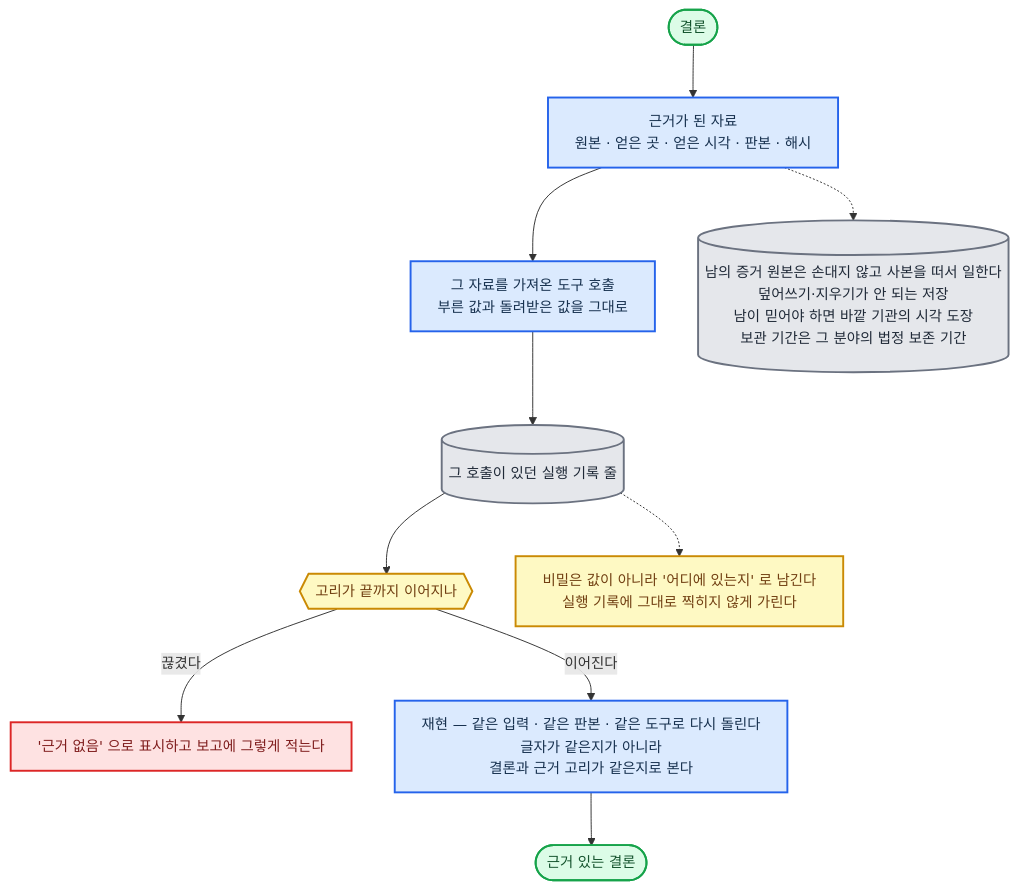
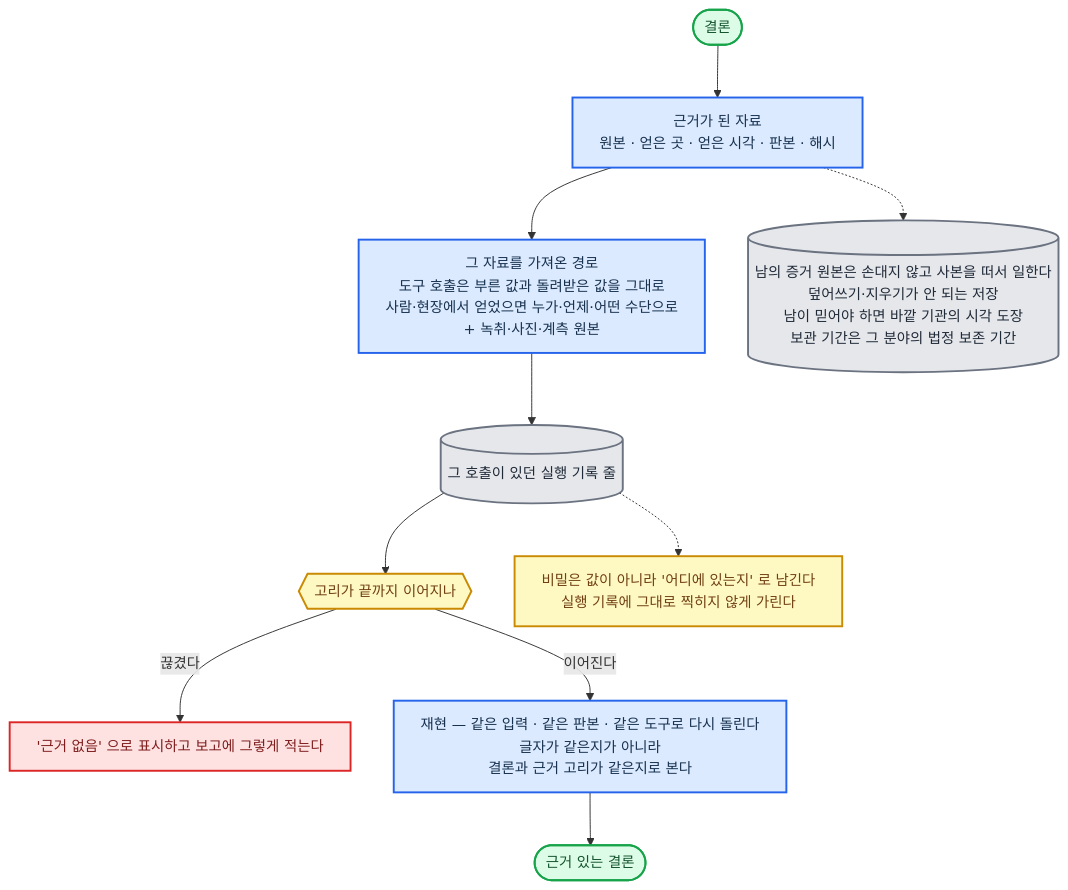
One commit to harisbaguette/expert changed diagram 16 of 43 in 전문가 에이전트 정의 2.md. Above: the diagram before and after it, drawn with Mermaid. The commit also changed other lines of this file and 41 other files, not shown here.

````diff
--- a/전문가 에이전트 정의 2.md
+++ b/전문가 에이전트 정의 2.md
@@ -2735,26 +2820,26 @@
 ```mermaid
 %%{init: {"flowchart": {"wrappingWidth": 640, "curve": "basis", "nodeSpacing": 45, "rankSpacing": 55, "padding": 14, "useMaxWidth": true}, "themeVariables": {"fontSize": "15px"}} }%%
 flowchart TB
     C(["결론"]):::good
     AA["근거가 된 자료<br/>원본 · 얻은 곳 · 얻은 시각 · 판본 · 해시"]:::main
-    TT["그 자료를 가져온 도구 호출<br/>부른 값과 돌려받은 값을 그대로"]:::main
+    TT["그 자료를 가져온 경로<br/>도구 호출은 부른 값과 돌려받은 값을 그대로<br/>사람·현장에서 얻었으면 누가·언제·어떤 수단으로<br/>+ 녹취·사진·계측 원본"]:::main
     RR[("그 호출이 있던 실행 기록 줄")]:::store
     Q{{"고리가 끝까지 이어지나"}}:::note
     BRK["'근거 없음' 으로 표시하고 보고에 그렇게 적는다"]:::stop
     REP["재현 — 같은 입력 · 같은 판본 · 같은 도구로 다시 돌린다<br/>글자가 같은지가 아니라<br/>결론과 근거 고리가 같은지로 본다"]:::main
     OK(["근거 있는 결론"]):::good
     EV[("남의 증거 원본은 손대지 않고 사본을 떠서 일한다<br/>덮어쓰기·지우기가 안 되는 저장<br/>남이 믿어야 하면 바깥 기관의 시각 도장<br/>보관 기간은 그 분야의 법정 보존 기간")]:::store
     SEC["비밀은 값이 아니라 '어디에 있는지' 로 남긴다<br/>실행 기록에 그대로 찍히지 않게 가린다"]:::note
     C --> AA --> TT --> RR --> Q
     Q -- "끊겼다" --> BRK
     Q -- "이어진다" --> REP
     REP --> OK
     AA -.-> EV
     RR -.-> SEC
     classDef main fill:#dbeafe,stroke:#2563eb,stroke-width:2px,color:#17314f
     classDef stop fill:#fee2e2,stroke:#dc2626,stroke-width:2px,color:#7f1d1d
     classDef back fill:#ffedd5,stroke:#ea580c,stroke-width:2px,color:#7c2d12
     classDef store fill:#e5e7eb,stroke:#6b7280,stroke-width:2px,color:#1f2937
     classDef good fill:#dcfce7,stroke:#16a34a,stroke-width:2px,color:#14532d
     classDef note fill:#fef9c3,stroke:#ca8a04,stroke-width:2px,color:#713f12
 ```
````
